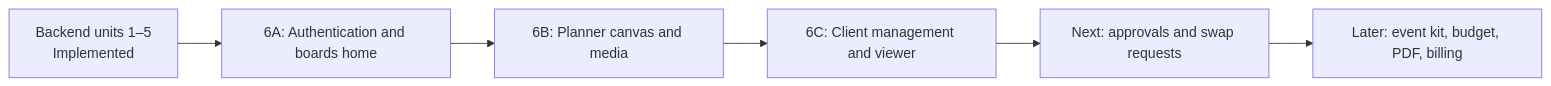
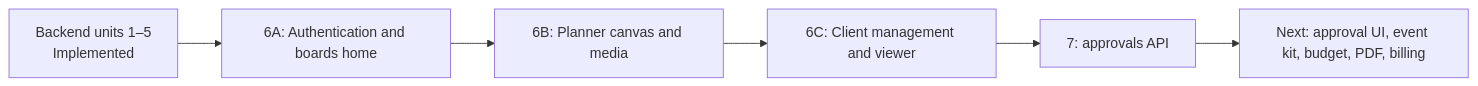
One commit to Abisola-Morohunfolu/moodboards changed the first of 2 diagrams in docs/17-web-planner-client-ui.md. Above: the diagram before and after it, drawn with Mermaid. The commit also changed 27 other files, not shown here.

Commit message:
Add versioned client approvals API (#8)

````diff
--- a/docs/17-web-planner-client-ui.md
+++ b/docs/17-web-planner-client-ui.md
@@ -10,8 +10,8 @@
 ```mermaid
 flowchart LR
   A["Backend units 1–5<br/>Implemented"] --> B["6A: Authentication and boards home"]
   B --> C["6B: Planner canvas and media"]
   C --> D["6C: Client management and viewer"]
-  D --> E["Next: approvals and swap requests"]
-  E --> F["Later: event kit, budget, PDF, billing"]
+  D --> E["7: approvals API"]
+  E --> F["Next: approval UI, event kit, budget, PDF, billing"]
 ```
````
